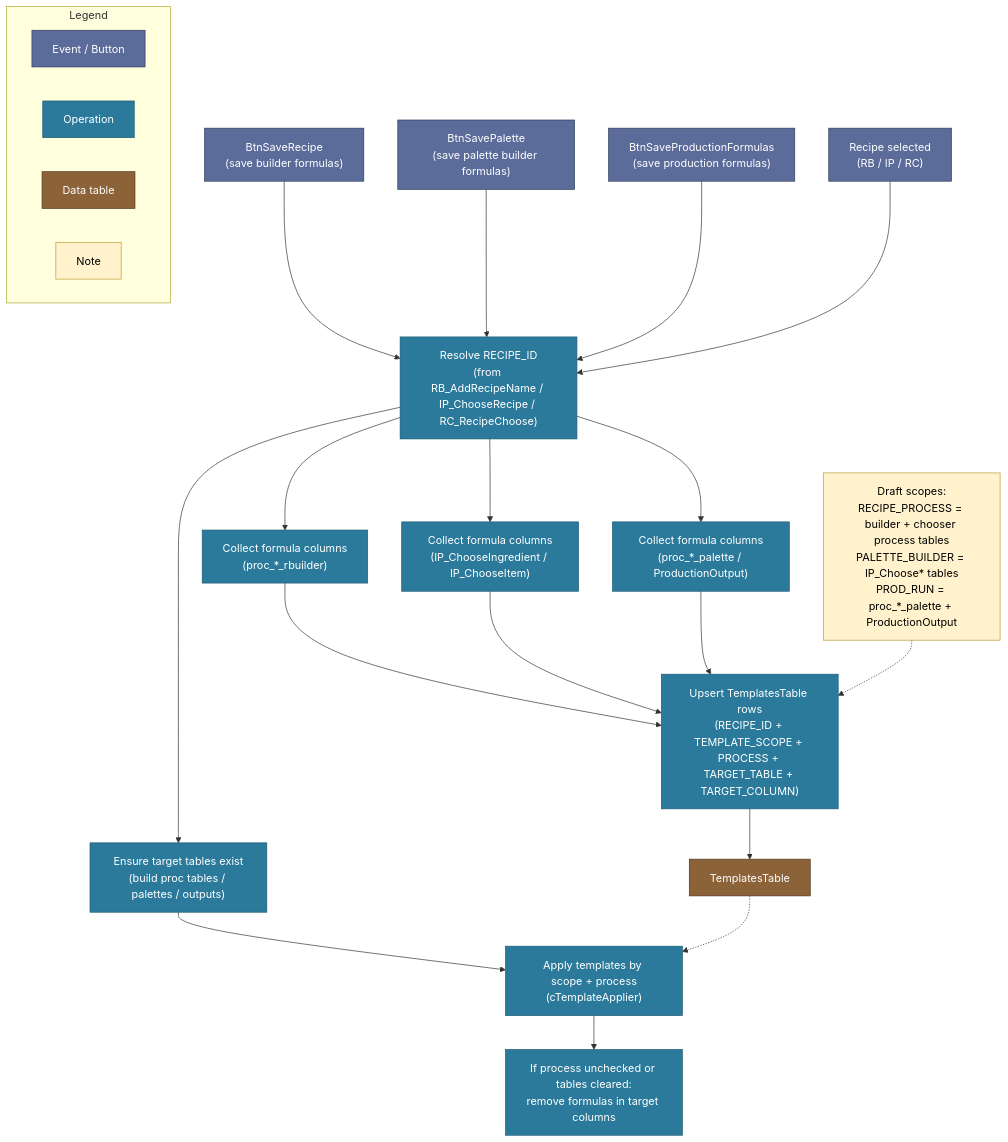
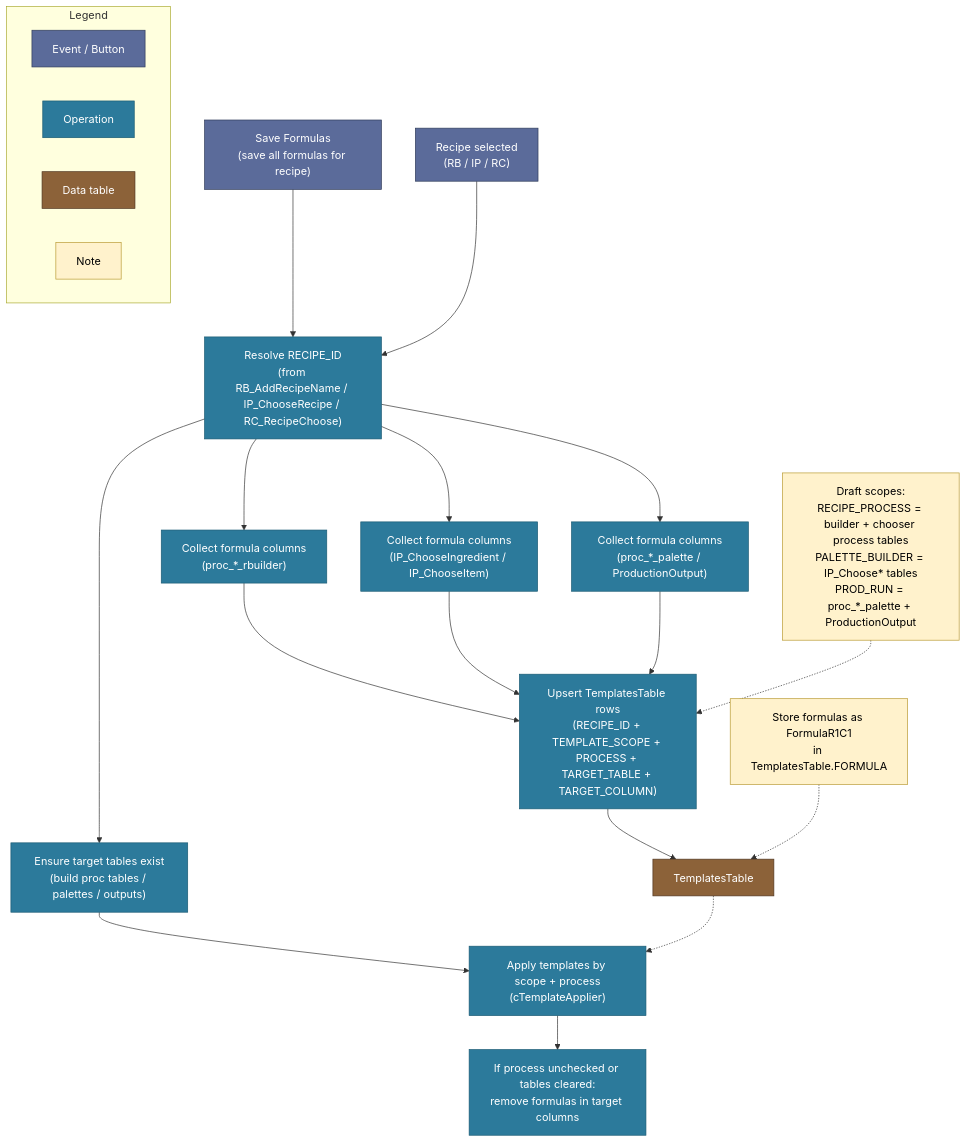
Before and after one commit to justinwj/invSys: the fifth of 6 diagrams in 0 plan docs/ProductionSystem/vba_workflow_diagrams.md, drawn with Mermaid. The commit also changed other lines of this file and 3 other files, not shown here.

Commit message:
helper definitions were missing. I re‑added GetOrAddTemplateRow and IsTemplateRowEmpty directly above RegisterRecipeTemplates so VBA sees them at compile time.

````diff
--- a/0 plan docs/ProductionSystem/vba_workflow_diagrams.md
+++ b/0 plan docs/ProductionSystem/vba_workflow_diagrams.md
@@ -165,40 +165,41 @@
 ```mermaid
 flowchart TD
     classDef evt fill:#5b6b9a,stroke:#2f3b5a,color:#ffffff;
     classDef op fill:#2c7a9b,stroke:#195a73,color:#ffffff;
     classDef data fill:#8c6239,stroke:#4f341f,color:#ffffff;
     classDef note fill:#fff2cc,stroke:#b99a33,color:#000000;
 
-    SaveRecipe["BtnSaveRecipe\n(save builder formulas)"]:::evt
-    SavePalette["BtnSavePalette\n(save palette builder formulas)"]:::evt
-    SaveProd["BtnSaveProductionFormulas\n(save production formulas)"]:::evt
+    SaveAll["Save Formulas\n(save all formulas for recipe)"]:::evt
 
     ResolveRecipe["Resolve RECIPE_ID\n(from RB_AddRecipeName / IP_ChooseRecipe / RC_RecipeChoose)"]:::op
     CollectBuilder["Collect formula columns\n(proc_*_rbuilder)"]:::op
     CollectPalette["Collect formula columns\n(IP_ChooseIngredient / IP_ChooseItem)"]:::op
     CollectProd["Collect formula columns\n(proc_*_palette / ProductionOutput)"]:::op
     UpsertTpl["Upsert TemplatesTable rows\n(RECIPE_ID + TEMPLATE_SCOPE + PROCESS + TARGET_TABLE + TARGET_COLUMN)"]:::op
     Templates["TemplatesTable"]:::data
 
     RecipeSelected["Recipe selected\n(RB / IP / RC)"]:::evt
     EnsureTables["Ensure target tables exist\n(build proc tables / palettes / outputs)"]:::op
     ApplyTpl["Apply templates by scope + process\n(cTemplateApplier)"]:::op
     ClearUnchecked["If process unchecked or tables cleared:\nremove formulas in target columns"]:::op
 
-    SaveRecipe --> ResolveRecipe --> CollectBuilder --> UpsertTpl --> Templates
-    SavePalette --> ResolveRecipe --> CollectPalette --> UpsertTpl
-    SaveProd --> ResolveRecipe --> CollectProd --> UpsertTpl
+    SaveAll --> ResolveRecipe --> CollectBuilder --> UpsertTpl --> Templates
+    ResolveRecipe --> CollectPalette --> UpsertTpl
+    ResolveRecipe --> CollectProd --> UpsertTpl
 
     RecipeSelected --> ResolveRecipe --> EnsureTables --> ApplyTpl --> ClearUnchecked
     Templates -.-> ApplyTpl
 
     Note1["Draft scopes:\nRECIPE_PROCESS = builder + chooser process tables\nPALETTE_BUILDER = IP_Choose* tables\nPROD_RUN = proc_*_palette + ProductionOutput"]:::note
     Note1 -.-> UpsertTpl
+
+    Note2["Store formulas as FormulaR1C1\nin TemplatesTable.FORMULA"]:::note
+    Note2 -.-> Templates
 
     subgraph Legend
         L1["Event / Button"]:::evt
         L2["Operation"]:::op
         L3["Data table"]:::data
         L4["Note"]:::note
     end
 ```
````
